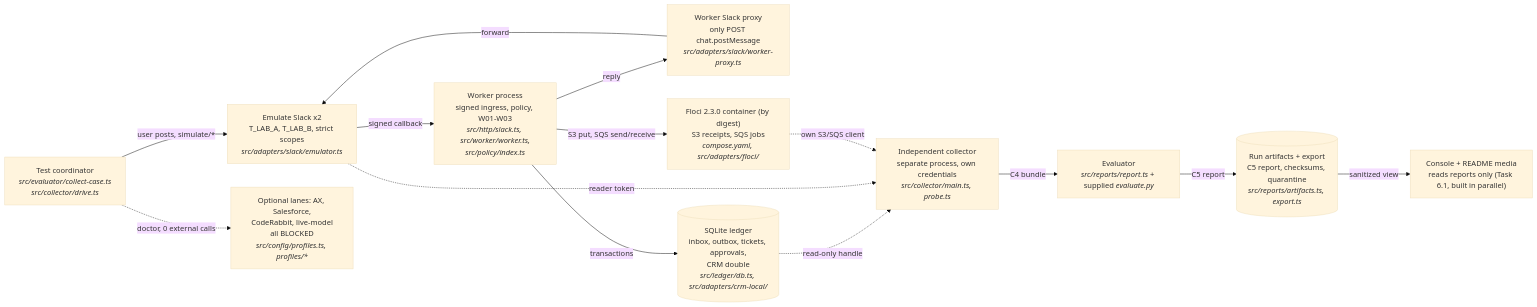
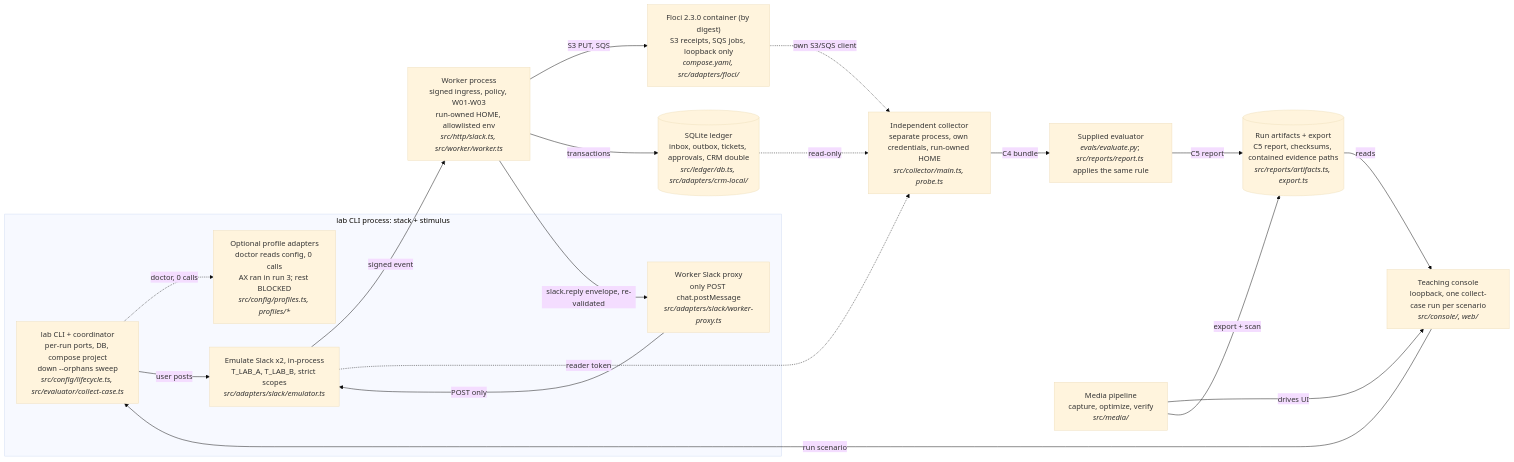
Before and after one commit to shivanathd/google-ax-agent-proof-lab: the second of 7 diagrams in docs/diagrams/README.md, drawn with Mermaid (base theme). The commit also changed other lines of this file and 14 other files, not shown here.

Commit message:
docs(diagrams): archify mental model, infrastructure layers, request flow; refresh system map and AX lane

````diff
--- a/docs/diagrams/README.md
+++ b/docs/diagrams/README.md
@@ -14,28 +81,34 @@
 ```mermaid
 flowchart LR
-  coord["Test coordinator<br/><i>src/evaluator/collect-case.ts</i><br/><i>src/collector/drive.ts</i>"]
-  slack["Emulate Slack x2<br/>T_LAB_A, T_LAB_B, strict scopes<br/><i>src/adapters/slack/emulator.ts</i>"]
-  proxy["Worker Slack proxy<br/>only POST chat.postMessage<br/><i>src/adapters/slack/worker-proxy.ts</i>"]
-  worker["Worker process<br/>signed ingress, policy, W01-W03<br/><i>src/http/slack.ts, src/worker/worker.ts,<br/>src/policy/index.ts</i>"]
-  floci["Floci 2.3.0 container (by digest)<br/>S3 receipts, SQS jobs<br/><i>compose.yaml, src/adapters/floci/</i>"]
-  ledger[("SQLite ledger<br/>inbox, outbox, tickets, approvals,<br/>CRM double<br/><i>src/ledger/db.ts, src/adapters/crm-local/</i>")]
-  collector["Independent collector<br/>separate process, own credentials<br/><i>src/collector/main.ts, probe.ts</i>"]
-  evaluator["Evaluator<br/><i>src/reports/report.ts</i> + supplied <i>evaluate.py</i>"]
-  reports[("Run artifacts + export<br/>C5 report, checksums, quarantine<br/><i>src/reports/artifacts.ts, export.ts</i>")]
-  console["Console + README media<br/>reads reports only (Task 6.1, built in parallel)"]
-  lanes["Optional lanes: AX, Salesforce,<br/>CodeRabbit, live-model<br/>all BLOCKED<br/><i>src/config/profiles.ts, profiles/*</i>"]
+  subgraph CLI["lab CLI process: stack + stimulus"]
+    profiles["Optional profile adapters<br/>doctor reads config, 0 calls<br/>AX ran in run 3; rest BLOCKED<br/><i>src/config/profiles.ts, profiles/*</i>"]
+    coord["lab CLI + coordinator<br/>per-run ports, DB, compose project<br/>down --orphans sweep<br/><i>src/config/lifecycle.ts, src/evaluator/collect-case.ts</i>"]
+    slack["Emulate Slack x2, in-process<br/>T_LAB_A, T_LAB_B, strict scopes<br/><i>src/adapters/slack/emulator.ts</i>"]
+    proxy["Worker Slack proxy<br/>only POST chat.postMessage<br/><i>src/adapters/slack/worker-proxy.ts</i>"]
+  end
+  worker["Worker process<br/>signed ingress, policy, W01-W03<br/>run-owned HOME, allowlisted env<br/><i>src/http/slack.ts, src/worker/worker.ts</i>"]
+  floci["Floci 2.3.0 container (by digest)<br/>S3 receipts, SQS jobs, loopback only<br/><i>compose.yaml, src/adapters/floci/</i>"]
+  ledger[("SQLite ledger<br/>inbox, outbox, tickets, approvals, CRM double<br/><i>src/ledger/db.ts, src/adapters/crm-local/</i>")]
+  collector["Independent collector<br/>separate process, own credentials, run-owned HOME<br/><i>src/collector/main.ts, probe.ts</i>"]
+  evaluator["Supplied evaluator<br/><i>evals/evaluate.py</i>; <i>src/reports/report.ts</i> applies the same rule"]
+  reports[("Run artifacts + export<br/>C5 report, checksums, contained evidence paths<br/><i>src/reports/artifacts.ts, export.ts</i>")]
+  console["Teaching console<br/>loopback, one collect-case run per scenario<br/><i>src/console/, web/</i>"]
+  media["Media pipeline<br/>capture, optimize, verify<br/><i>src/media/</i>"]
 
-  coord -- "user posts, simulate/*" --> slack
-  slack -- "signed callback" --> worker
-  worker -- "reply" --> proxy
-  proxy -- "forward" --> slack
-  worker -- "S3 put, SQS send/receive" --> floci
+  coord -. "doctor, 0 calls" .-> profiles
+  coord -- "user posts" --> slack
+  slack -- "signed event" --> worker
+  worker -- "slack.reply envelope, re-validated" --> proxy
+  proxy -- "POST only" --> slack
+  worker -- "S3 PUT, SQS" --> floci
   worker -- "transactions" --> ledger
-  ledger -. "read-only handle" .-> collector
+  ledger -. "read-only" .-> collector
   slack -. "reader token" .-> collector
   floci -. "own S3/SQS client" .-> collector
   collector -- "C4 bundle" --> evaluator
   evaluator -- "C5 report" --> reports
-  reports -- "sanitized view" --> console
-  coord -. "doctor, 0 external calls" .-> lanes
+  reports -- "reads" --> console
+  console -- "run scenario" --> coord
+  media -- "drives UI" --> console
+  media -- "export + scan" --> reports
 ```
````
